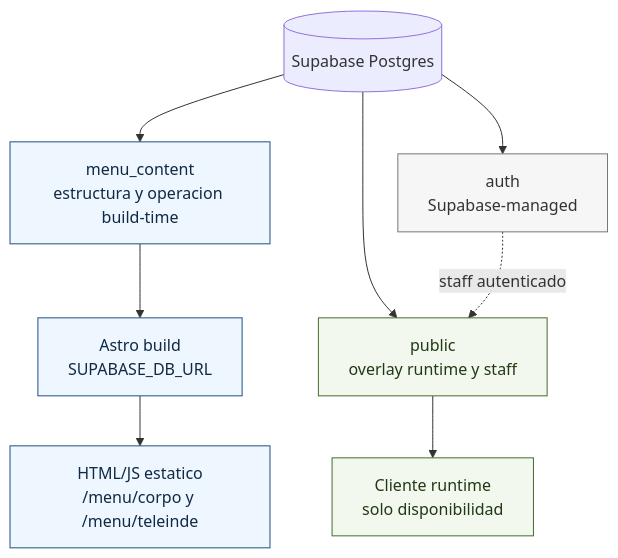
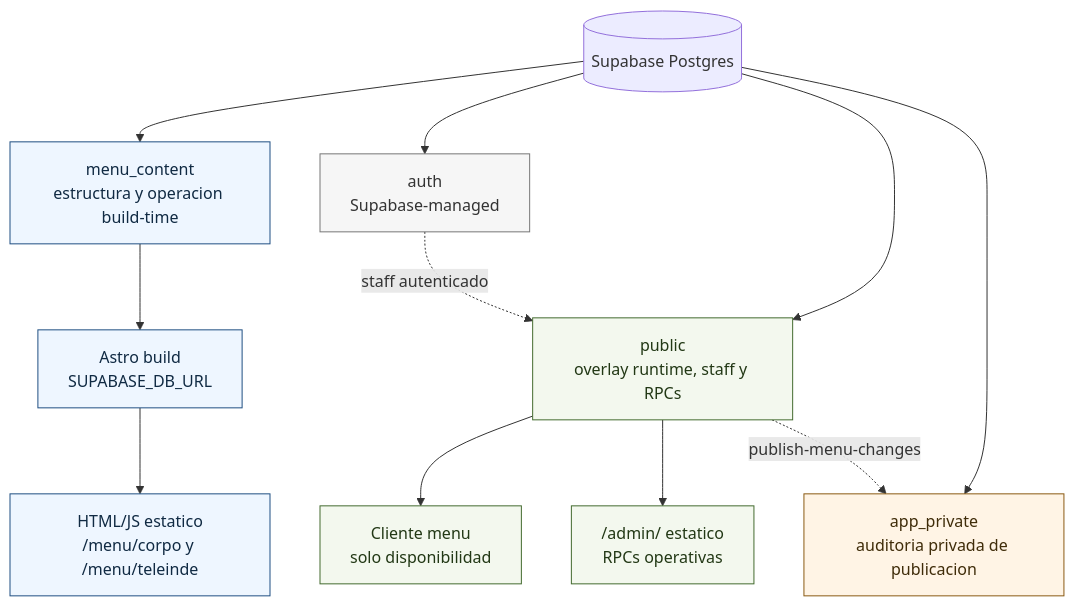
The first of 3 diagrams in docs/supabase/schema-diagram.md (materamos/ElFaraonCatering), drawn with Mermaid before and after one commit. The commit also changed other lines of this file and 3 other files, not shown here.

````diff
--- a/docs/supabase/schema-diagram.md
+++ b/docs/supabase/schema-diagram.md
@@ -19,21 +19,26 @@
 ```mermaid
 flowchart TD
   DB[(Supabase Postgres)]
 
   DB --> MC["menu_content<br/>estructura y operacion build-time"]
-  DB --> PUB["public<br/>overlay runtime y staff"]
+  DB --> PUB["public<br/>overlay runtime, staff y RPCs"]
+  DB --> PRIV["app_private<br/>auditoria privada de publicacion"]
   DB --> AUTH["auth<br/>Supabase-managed"]
 
   MC --> BUILD["Astro build<br/>SUPABASE_DB_URL"]
   BUILD --> STATIC["HTML/JS estatico<br/>/menu/corpo y /menu/teleinde"]
-  PUB --> CLIENT["Cliente runtime<br/>solo disponibilidad"]
+  PUB --> MENU_CLIENT["Cliente menu<br/>solo disponibilidad"]
+  PUB --> ADMIN_CLIENT["/admin/ estatico<br/>RPCs operativas"]
   AUTH -. "staff autenticado" .-> PUB
+  PUB -. "publish-menu-changes" .-> PRIV
 
-  classDef project fill:#eef6ff,stroke:#1f4f82,color:#102a43;
+  classDef structural fill:#eef6ff,stroke:#1f4f82,color:#102a43;
   classDef runtime fill:#f3f8ee,stroke:#446b2f,color:#223815;
+  classDef private fill:#fff4e5,stroke:#8a5a13,color:#3f2c09;
   classDef platform fill:#f6f6f6,stroke:#777,color:#333;
 
-  class MC,BUILD,STATIC project;
-  class PUB,CLIENT runtime;
+  class MC,BUILD,STATIC structural;
+  class PUB,MENU_CLIENT,ADMIN_CLIENT runtime;
+  class PRIV private;
   class AUTH platform;
 ```
````
